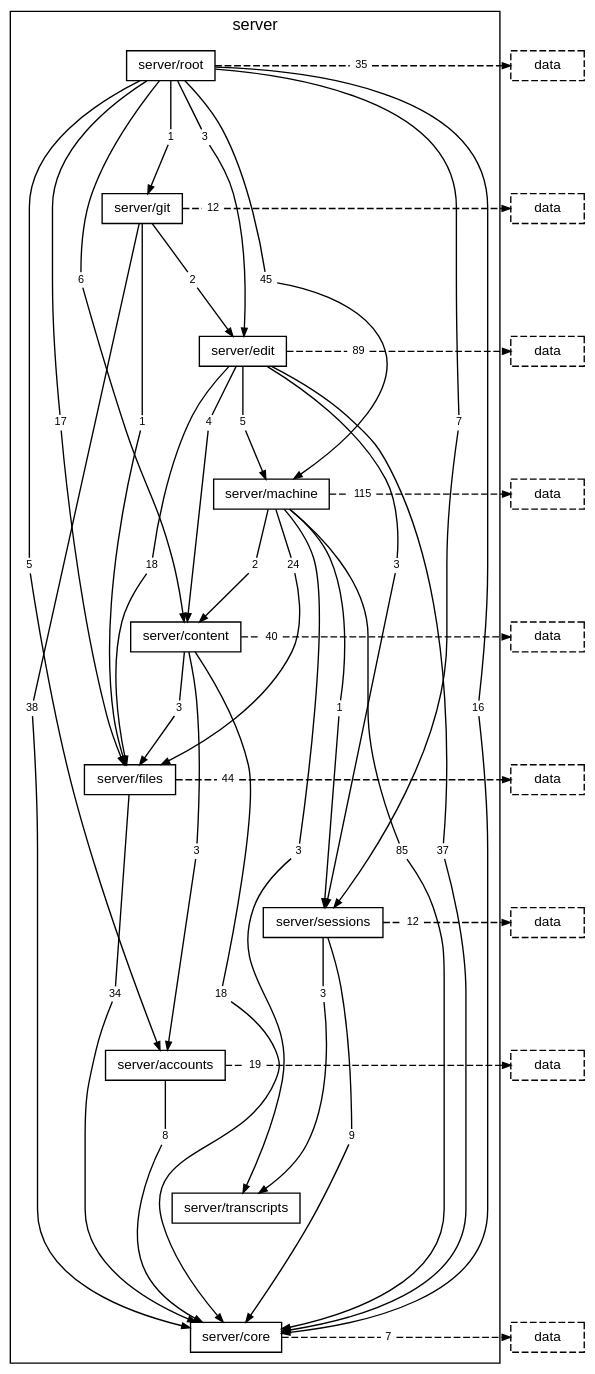
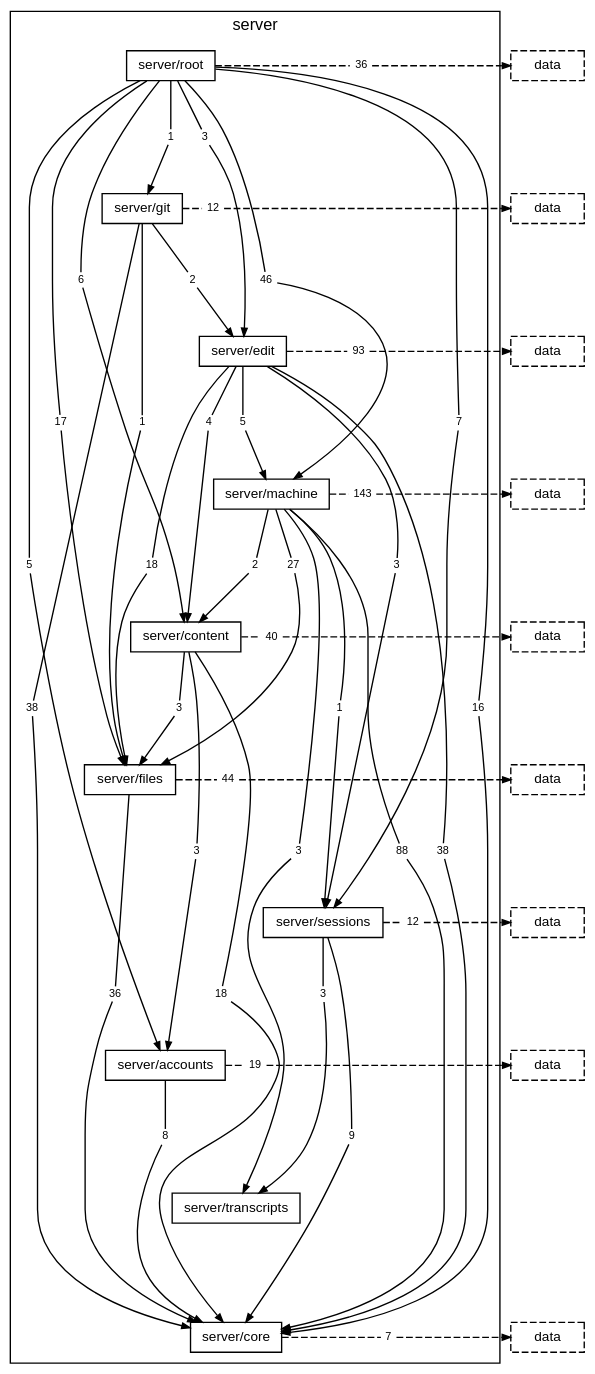
One commit to TheAxeC/oculus changed the diagram in docs/diagrams/layer-server.dot. Above: the diagram before and after it, drawn with Graphviz. The commit also changed 357 other files, not shown here.

```diff
--- a/docs/diagrams/layer-server.dot
+++ b/docs/diagrams/layer-server.dot
@@ -20,30 +20,30 @@
         "folder server/root to folder server/edit" [label="3", shape=box, color="transparent", fontsize=8, width=0, height=0, margin="0.04,0.02"];
         "folder server/root to folder server/files" [label="17", shape=box, color="transparent", fontsize=8, width=0, height=0, margin="0.04,0.02"];
         "folder server/root to folder server/git" [label="1", shape=box, color="transparent", fontsize=8, width=0, height=0, margin="0.04,0.02"];
-        "folder server/root to folder server/machine" [label="45", shape=box, color="transparent", fontsize=8, width=0, height=0, margin="0.04,0.02"];
+        "folder server/root to folder server/machine" [label="46", shape=box, color="transparent", fontsize=8, width=0, height=0, margin="0.04,0.02"];
         "folder server/root to folder server/sessions" [label="7", shape=box, color="transparent", fontsize=8, width=0, height=0, margin="0.04,0.02"];
-        "folder server/root to layer data" [label="35", shape=box, color="transparent", fontsize=8, width=0, height=0, margin="0.04,0.02"];
+        "folder server/root to layer data" [label="36", shape=box, color="transparent", fontsize=8, width=0, height=0, margin="0.04,0.02"];
         "folder server/git to folder server/core" [label="38", shape=box, color="transparent", fontsize=8, width=0, height=0, margin="0.04,0.02"];
         "folder server/git to folder server/edit" [label="2", shape=box, color="transparent", fontsize=8, width=0, height=0, margin="0.04,0.02"];
         "folder server/git to folder server/files" [label="1", shape=box, color="transparent", fontsize=8, width=0, height=0, margin="0.04,0.02"];
         "folder server/git to layer data" [label="12", shape=box, color="transparent", fontsize=8, width=0, height=0, margin="0.04,0.02"];
         "folder server/edit to folder server/content" [label="4", shape=box, color="transparent", fontsize=8, width=0, height=0, margin="0.04,0.02"];
-        "folder server/edit to folder server/core" [label="37", shape=box, color="transparent", fontsize=8, width=0, height=0, margin="0.04,0.02"];
+        "folder server/edit to folder server/core" [label="38", shape=box, color="transparent", fontsize=8, width=0, height=0, margin="0.04,0.02"];
         "folder server/edit to folder server/files" [label="18", shape=box, color="transparent", fontsize=8, width=0, height=0, margin="0.04,0.02"];
         "folder server/edit to folder server/machine" [label="5", shape=box, color="transparent", fontsize=8, width=0, height=0, margin="0.04,0.02"];
         "folder server/edit to folder server/sessions" [label="3", shape=box, color="transparent", fontsize=8, width=0, height=0, margin="0.04,0.02"];
-        "folder server/edit to layer data" [label="89", shape=box, color="transparent", fontsize=8, width=0, height=0, margin="0.04,0.02"];
+        "folder server/edit to layer data" [label="93", shape=box, color="transparent", fontsize=8, width=0, height=0, margin="0.04,0.02"];
         "folder server/machine to folder server/content" [label="2", shape=box, color="transparent", fontsize=8, width=0, height=0, margin="0.04,0.02"];
-        "folder server/machine to folder server/core" [label="85", shape=box, color="transparent", fontsize=8, width=0, height=0, margin="0.04,0.02"];
-        "folder server/machine to folder server/files" [label="24", shape=box, color="transparent", fontsize=8, width=0, height=0, margin="0.04,0.02"];
+        "folder server/machine to folder server/core" [label="88", shape=box, color="transparent", fontsize=8, width=0, height=0, margin="0.04,0.02"];
+        "folder server/machine to folder server/files" [label="27", shape=box, color="transparent", fontsize=8, width=0, height=0, margin="0.04,0.02"];
         "folder server/machine to folder server/sessions" [label="1", shape=box, color="transparent", fontsize=8, width=0, height=0, margin="0.04,0.02"];
         "folder server/machine to folder server/transcripts" [label="3", shape=box, color="transparent", fontsize=8, width=0, height=0, margin="0.04,0.02"];
-        "folder server/machine to layer data" [label="115", shape=box, color="transparent", fontsize=8, width=0, height=0, margin="0.04,0.02"];
+        "folder server/machine to layer data" [label="143", shape=box, color="transparent", fontsize=8, width=0, height=0, margin="0.04,0.02"];
         "folder server/content to folder server/accounts" [label="3", shape=box, color="transparent", fontsize=8, width=0, height=0, margin="0.04,0.02"];
         "folder server/content to folder server/core" [label="18", shape=box, color="transparent", fontsize=8, width=0, height=0, margin="0.04,0.02"];
         "folder server/content to folder server/files" [label="3", shape=box, color="transparent", fontsize=8, width=0, height=0, margin="0.04,0.02"];
         "folder server/content to layer data" [label="40", shape=box, color="transparent", fontsize=8, width=0, height=0, margin="0.04,0.02"];
-        "folder server/files to folder server/core" [label="34", shape=box, color="transparent", fontsize=8, width=0, height=0, margin="0.04,0.02"];
+        "folder server/files to folder server/core" [label="36", shape=box, color="transparent", fontsize=8, width=0, height=0, margin="0.04,0.02"];
         "folder server/files to layer data" [label="44", shape=box, color="transparent", fontsize=8, width=0, height=0, margin="0.04,0.02"];
         "folder server/sessions to folder server/core" [label="9", shape=box, color="transparent", fontsize=8, width=0, height=0, margin="0.04,0.02"];
         "folder server/sessions to folder server/transcripts" [label="3", shape=box, color="transparent", fontsize=8, width=0, height=0, margin="0.04,0.02"];
```
